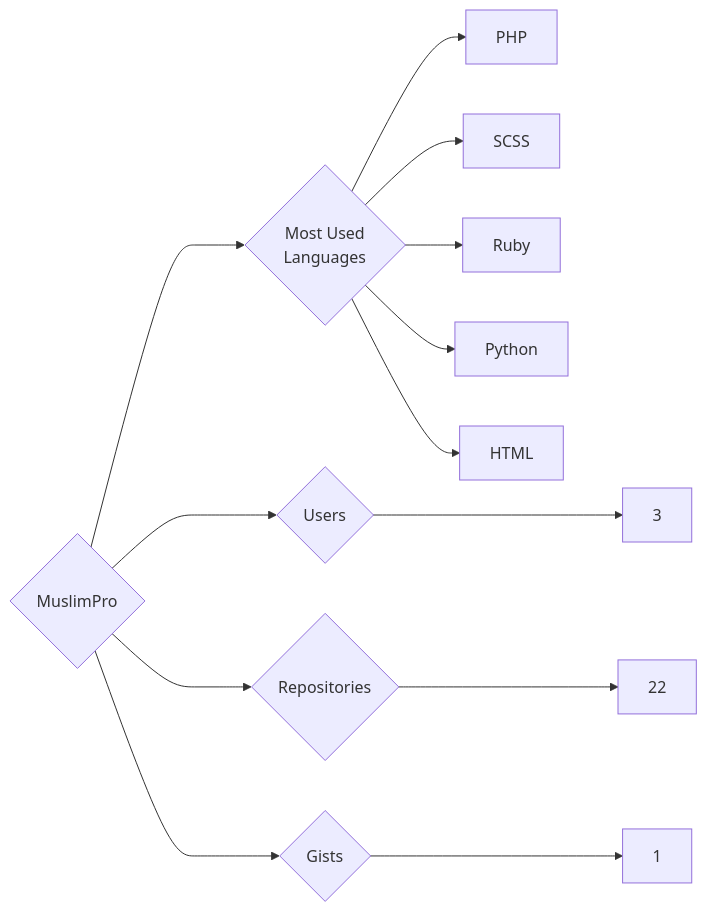
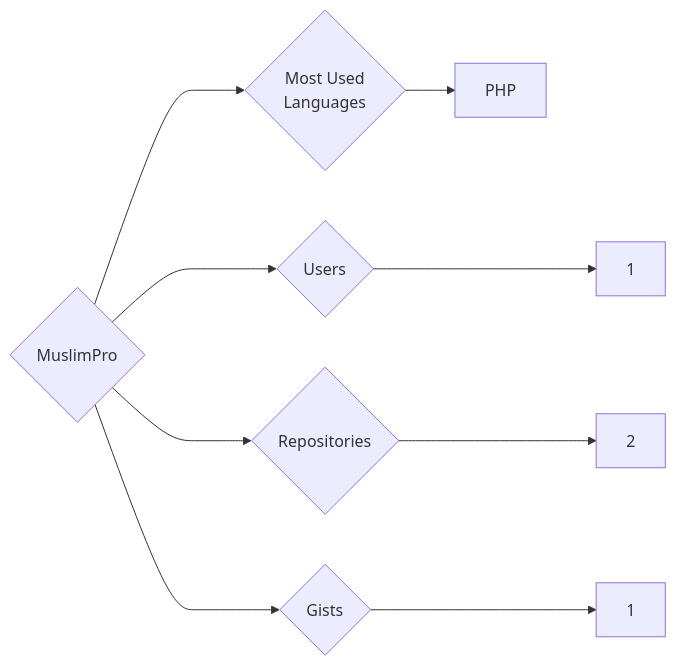
The diagram in targets/MuslimPro/README.md (trickest/insiders), drawn with Mermaid before and after one commit. The commit also changed 1003 other files, not shown here.

````diff
--- a/targets/MuslimPro/README.md
+++ b/targets/MuslimPro/README.md
@@ -3,13 +3,9 @@
 ```mermaid
 graph LR
 COMPANY_NAME{MuslimPro}
-COMPANY_NAME ---> U{Users} ---> UN[3]
-COMPANY_NAME ---> R{Repositories} ---> RN[22]
+COMPANY_NAME ---> U{Users} ---> UN[1]
+COMPANY_NAME ---> R{Repositories} ---> RN[2]
 COMPANY_NAME ---> G{Gists} ---> GN[1]
 COMPANY_NAME ---> ML{Most Used<br>Languages}
 ML --> PHP[PHP]
-ML --> SCSS[SCSS]
-ML --> Ruby[Ruby]
-ML --> Python[Python]
-ML --> HTML[HTML]
 ```
````
